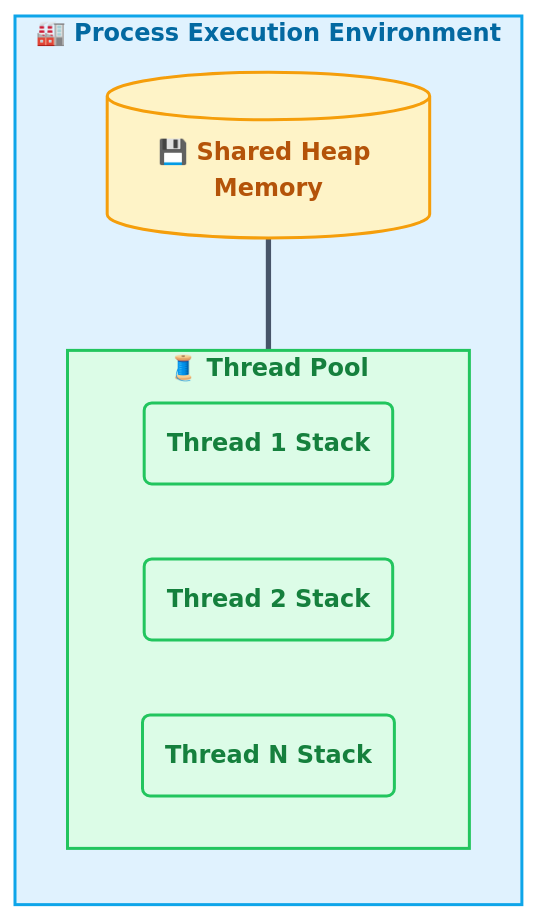
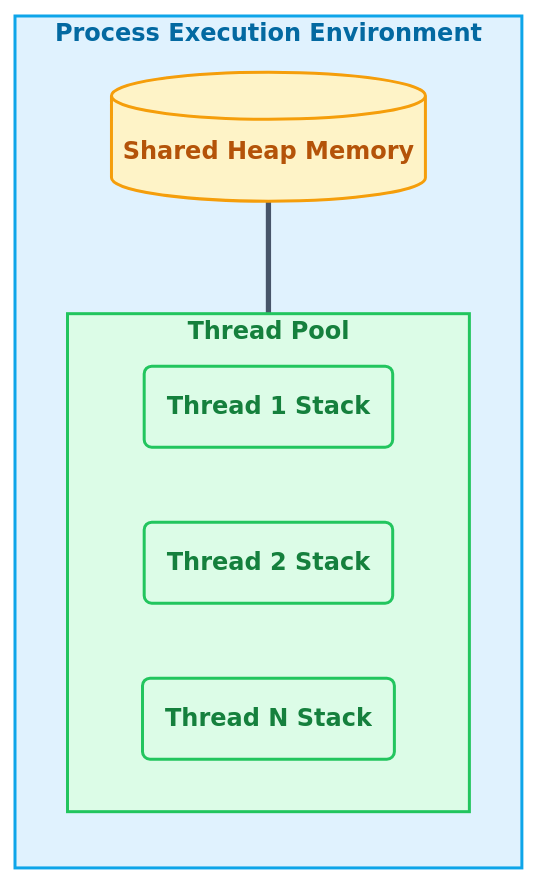
Before and after one commit to RameenAnwar/PDC-SP26-SE: the first of 9 diagrams in SyedMuhammadHuzaifaAshrafi-(23FA-035-SE)/Chapter02/README.md, drawn with Mermaid. The commit also changed other lines of this file and 5 other files, not shown here.

````diff
--- a/SyedMuhammadHuzaifaAshrafi-(23FA-035-SE)/Chapter02/README.md
+++ b/SyedMuhammadHuzaifaAshrafi-(23FA-035-SE)/Chapter02/README.md
@@ -32,24 +32,24 @@
 ```mermaid
 %%{init: {'theme': 'base', 'themeVariables': { 'lineColor': '#475569', 'primaryColor': '#f8fafc', 'primaryTextColor': '#0f172a', 'primaryBorderColor': '#cbd5e1' }}}%%
 flowchart TD
     %% Premium Process vs Thread Visual
     classDef process fill:#e0f2fe,stroke:#0ea5e9,stroke-width:2px,color:#0369a1,font-weight:bold
     classDef thread fill:#dcfce7,stroke:#22c55e,stroke-width:2px,color:#15803d,font-weight:bold
     classDef mem fill:#fef3c7,stroke:#f59e0b,stroke-width:2px,color:#b45309,font-weight:bold
     
-    subgraph PROCESS ["🏭 Process Execution Environment"]
+    subgraph PROCESS ["Process Execution Environment"]
         direction TB
-        RAM[("💾 Shared Heap Memory")]
+        RAM[("Shared Heap Memory")]
         
-        subgraph THREAD_POOL ["🧵 Thread Pool"]
+        subgraph THREAD_POOL ["Thread Pool"]
             direction LR
             T1("Thread 1 Stack")
             T2("Thread 2 Stack")
             T3("Thread N Stack")
         end
         RAM === THREAD_POOL
     end
     class PROCESS process
     class THREAD_POOL,T1,T2,T3 thread
     class RAM mem
 ```
````
